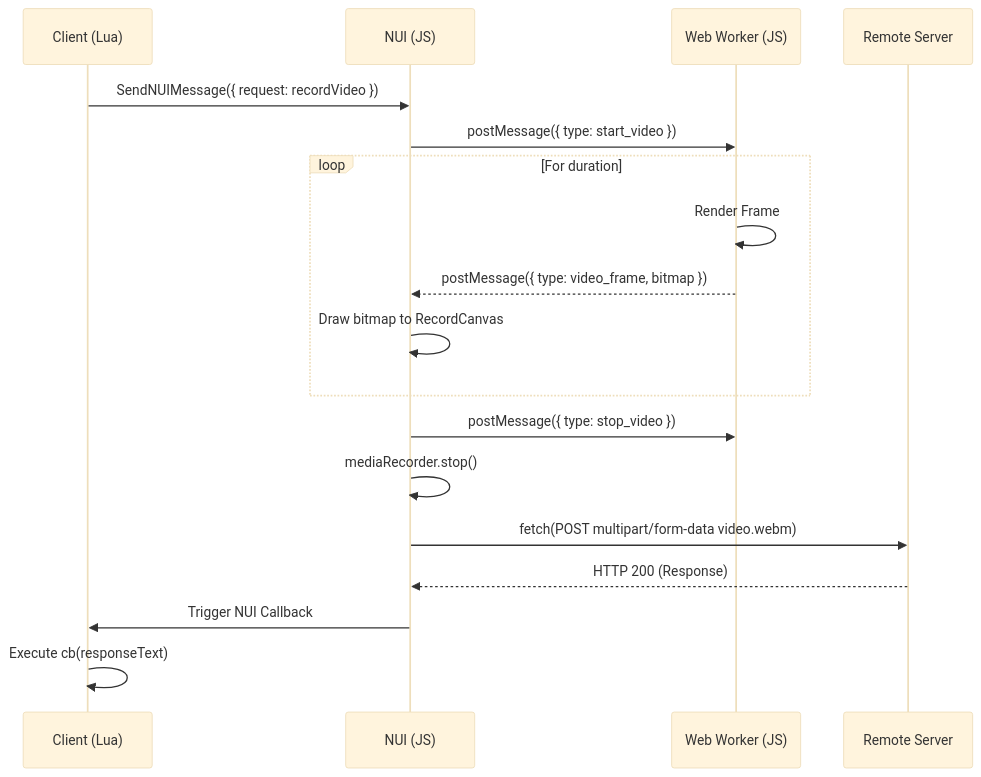
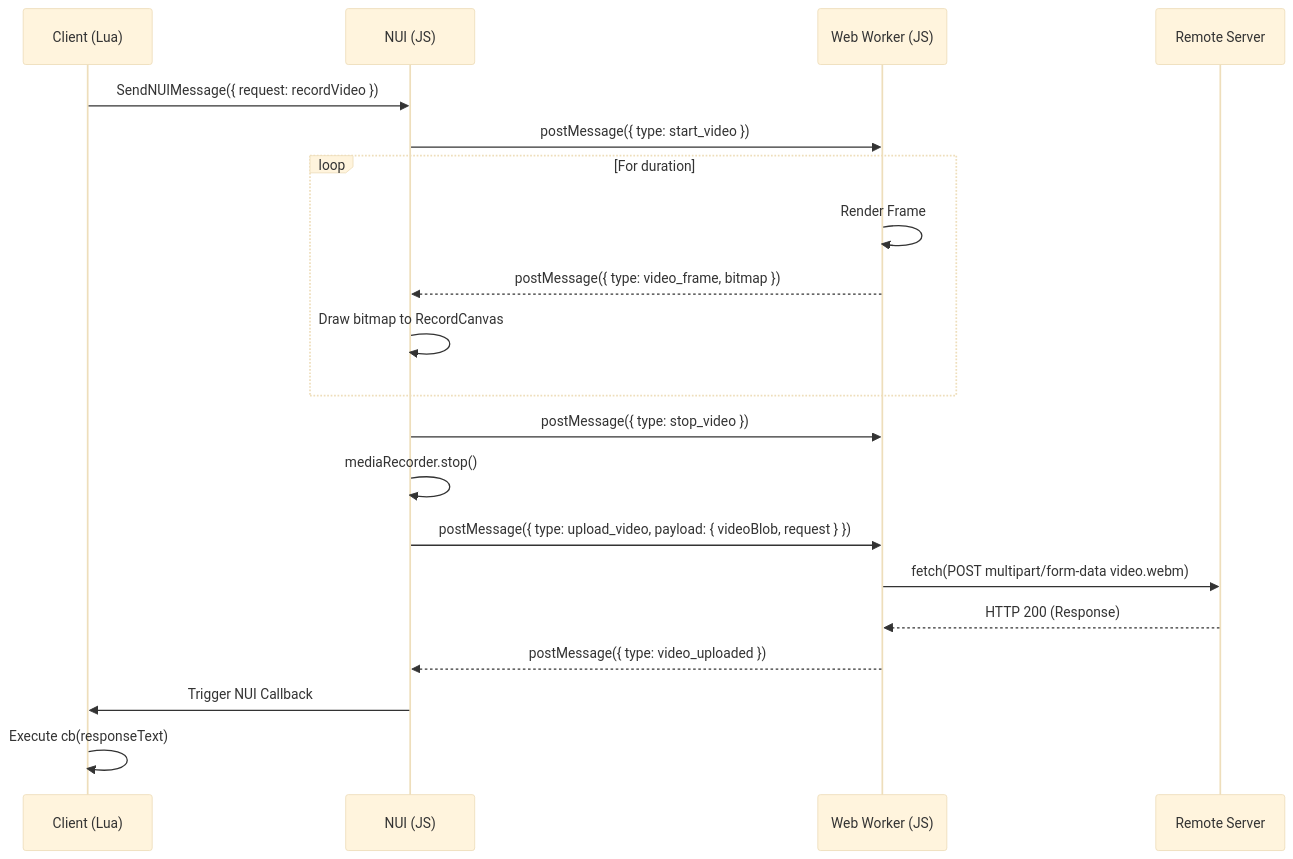
Before and after one commit to betters-dev/screenshot-basic: the third of 3 diagrams in README.md, drawn with Mermaid (base theme). The commit also changed other lines of this file, not shown here.

Commit message:
feat(ui): offload image compression and uploads to Web Worker

````diff
--- a/README.md
+++ b/README.md
@@ -135,21 +135,23 @@
 ```mermaid
 sequenceDiagram
     participant Lua as Client (Lua)
     participant NUI as NUI (JS)
     participant Worker as Web Worker (JS)
     participant Server as Remote Server
 
     Lua->>NUI: SendNUIMessage({ request: recordVideo })
     NUI->>Worker: postMessage({ type: start_video })
     loop For duration
         Worker->>Worker: Render Frame
         Worker-->>NUI: postMessage({ type: video_frame, bitmap })
         NUI->>NUI: Draw bitmap to RecordCanvas
     end
     NUI->>Worker: postMessage({ type: stop_video })
     NUI->>NUI: mediaRecorder.stop()
-    NUI->>Server: fetch(POST multipart/form-data video.webm)
-    Server-->>NUI: HTTP 200 (Response)
+    NUI->>Worker: postMessage({ type: upload_video, payload: { videoBlob, request } })
+    Worker->>Server: fetch(POST multipart/form-data video.webm)
+    Server-->>Worker: HTTP 200 (Response)
+    Worker-->>NUI: postMessage({ type: video_uploaded })
     NUI->>Lua: Trigger NUI Callback
     Lua->>Lua: Execute cb(responseText)
 ```
````
